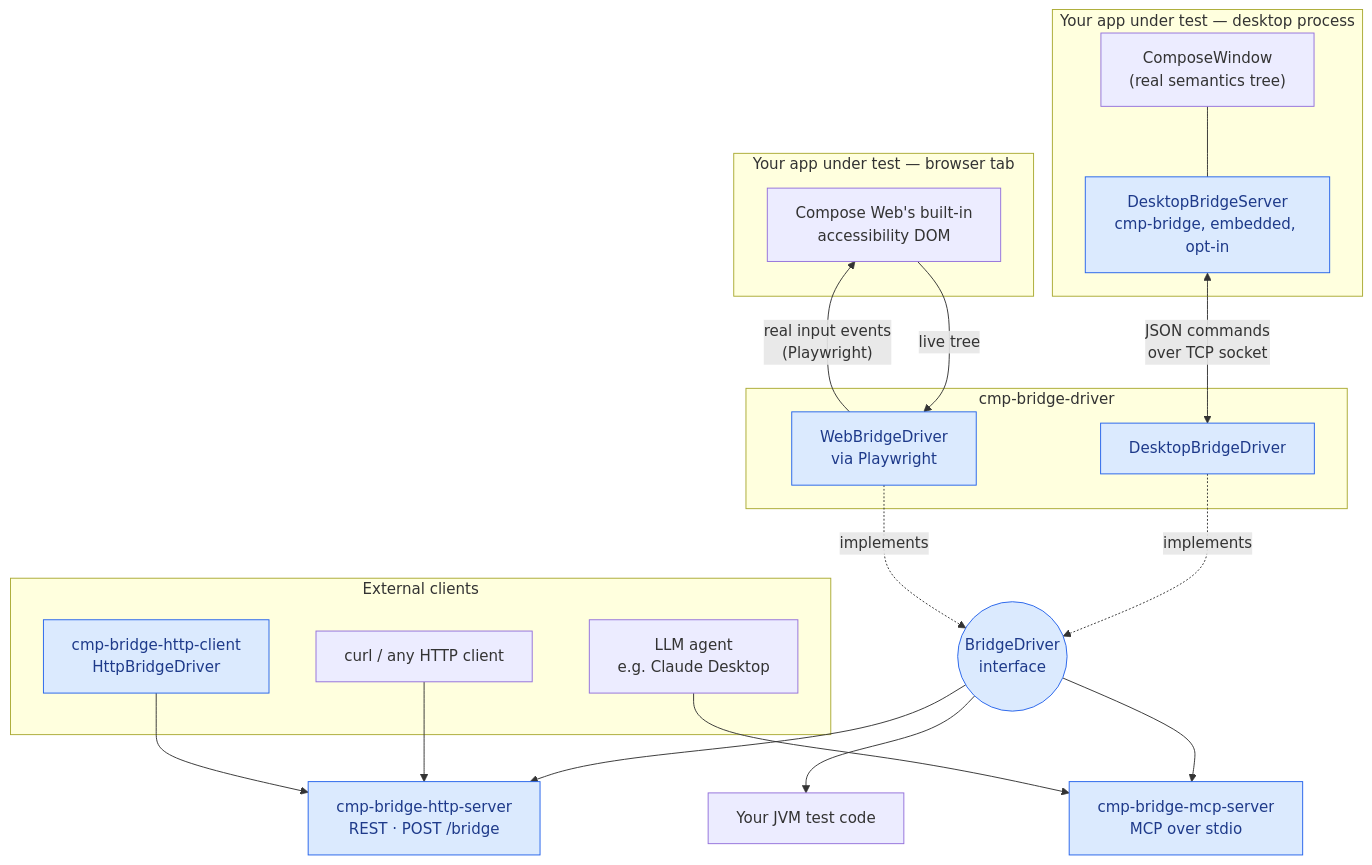
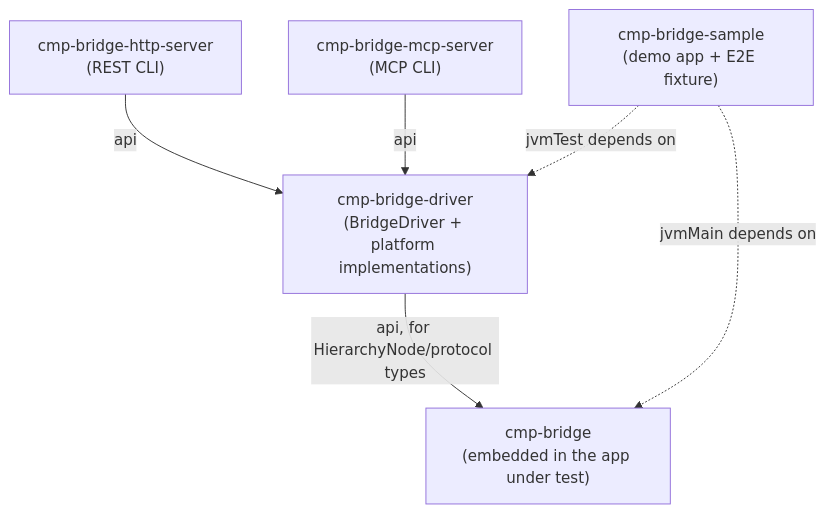
Before and after one commit to CRamsan/cmp-bridge: the diagram in README.md, drawn with Mermaid. The commit also changed other lines of this file and 7 other files, not shown here.

Commit message:
Removing http client

````diff
--- a/README.md
+++ b/README.md
@@ -34,41 +34,14 @@
 ```mermaid
 graph TB
-    subgraph desktopApp["Your app under test — desktop process"]
-        ComposeWindow["ComposeWindow<br/>(real semantics tree)"]
-        BridgeServer["DesktopBridgeServer<br/>cmp-bridge, embedded, opt-in"]
-        ComposeWindow --- BridgeServer
-    end
+  bridge["cmp-bridge<br/>(embedded in the app under test)"]
+  driver["cmp-bridge-driver<br/>(BridgeDriver + platform implementations)"]
+  http["cmp-bridge-http-server<br/>(REST CLI)"]
+  mcp["cmp-bridge-mcp-server<br/>(MCP CLI)"]
+  sample["cmp-bridge-sample<br/>(demo app + E2E fixture)"]
 
-    subgraph webApp["Your app under test — browser tab"]
-        A11yDom["Compose Web's built-in<br/>accessibility DOM"]
-    end
-
-    subgraph drivers["cmp-bridge-driver"]
-        DesktopDriver["DesktopBridgeDriver"]
-        WebDriver["WebBridgeDriver<br/>via Playwright"]
-    end
-
-    BridgeServer <-->|"JSON commands<br/>over TCP socket"| DesktopDriver
-    WebDriver -->|"real input events<br/>(Playwright)"| A11yDom
-    A11yDom -->|"live tree"| WebDriver
-
-    DesktopDriver -. implements .-> BridgeDriverIface(("BridgeDriver<br/>interface"))
-    WebDriver -. implements .-> BridgeDriverIface
-
-    BridgeDriverIface --> YourTest["Your JVM test code"]
-    BridgeDriverIface --> HttpServer["cmp-bridge-http-server<br/>REST · POST /bridge"]
-    BridgeDriverIface --> McpServer["cmp-bridge-mcp-server<br/>MCP over stdio"]
-
-    subgraph external["External clients"]
-        Curl["curl / any HTTP client"]
-        HttpClientDriver["cmp-bridge-http-client<br/>HttpBridgeDriver"]
-        LlmAgent["LLM agent<br/>e.g. Claude Desktop"]
-    end
-
-    Curl --> HttpServer
-    HttpClientDriver --> HttpServer
-    LlmAgent --> McpServer
-
-    classDef cmpBridge fill:#dbeafe,stroke:#2563eb,color:#1e3a8a
-    class BridgeServer,DesktopDriver,WebDriver,BridgeDriverIface,HttpServer,McpServer,HttpClientDriver cmpBridge
+  driver -->|api, for HierarchyNode/protocol types| bridge
+  http -->|api| driver
+  mcp -->|api| driver
+  sample -.jvmMain depends on.-> bridge
+  sample -.jvmTest depends on.-> driver
 ```
````
